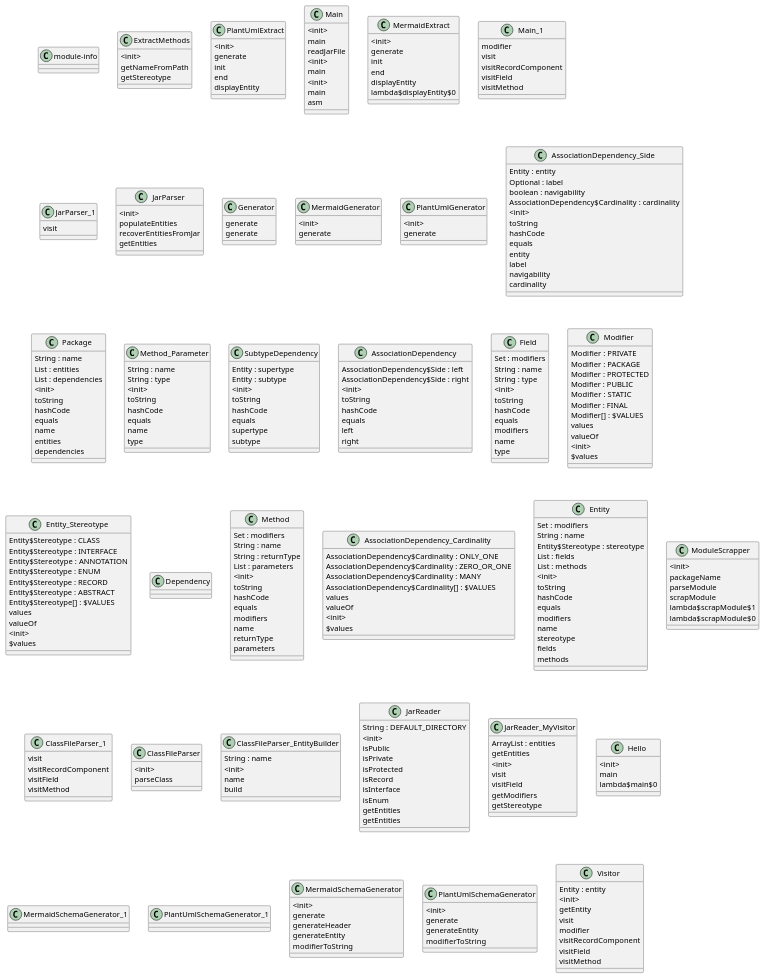
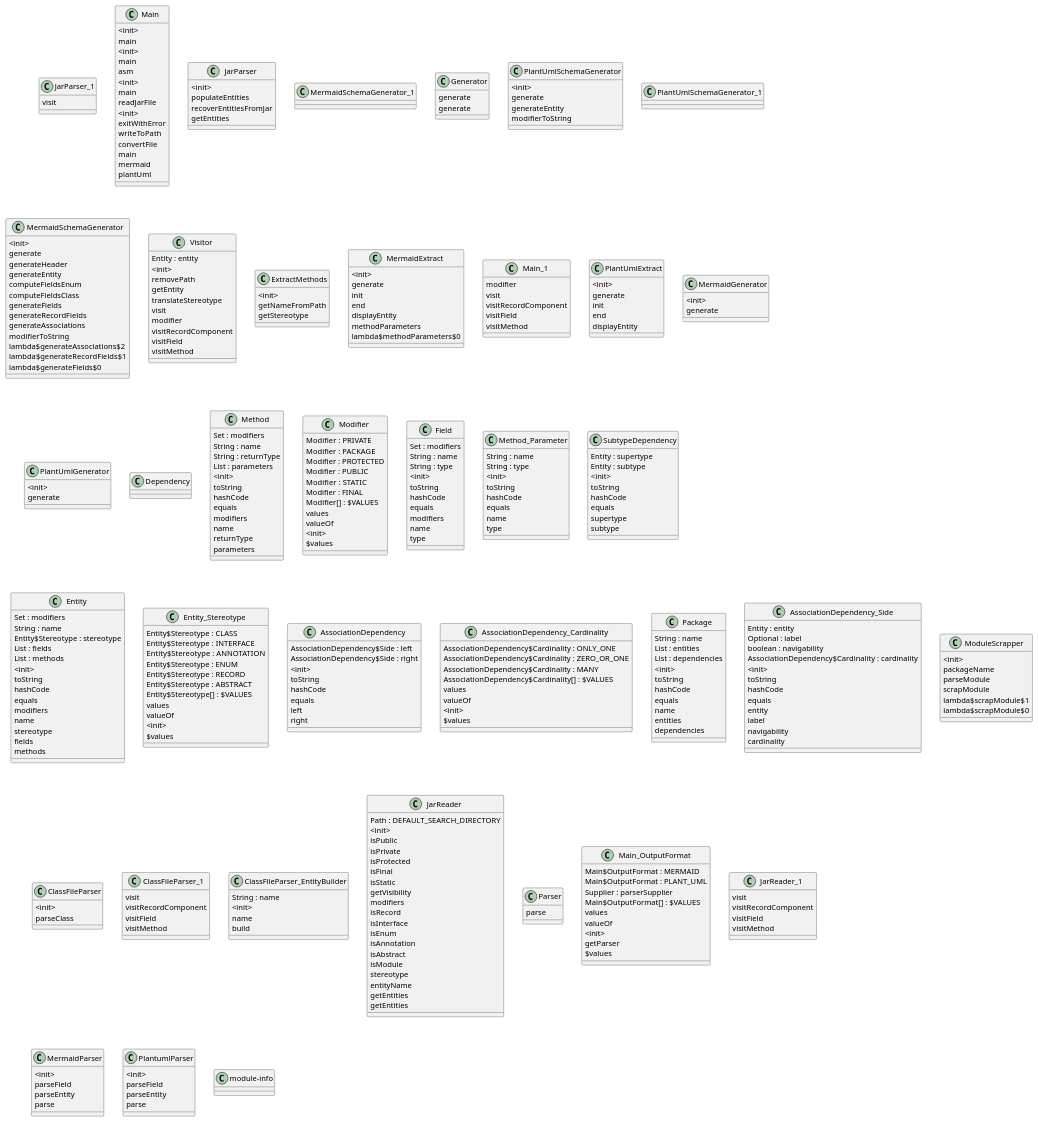
The diagram in src/main/java/com/github/veluvexiau/umldoc/core/plantExport.md (forax/umldoc), drawn with PlantUML before and after one commit. The commit also changed 2 other files, not shown here.

Commit message:
fixed an error

````diff
--- a/src/main/java/com/github/veluvexiau/umldoc/core/plantExport.md
+++ b/src/main/java/com/github/veluvexiau/umldoc/core/plantExport.md
@@ -1,46 +1,6 @@
 ```plantuml
 @startuml
 ' umldoc
-	class module-info{
-	}
-
-	class ExtractMethods{
-		<init>
-		getNameFromPath
-		getStereotype
-	}
-
-	class PlantUmlExtract{
-		<init>
-		generate
-		init
-		end
-		displayEntity
-	}
-
-	class Main{
-		<init>
-		main
-		readJarFile
-	}
-
-	class MermaidExtract{
-		<init>
-		generate
-		init
-		end
-		displayEntity
-		lambda$displayEntity$0
-	}
-
-	class Main_1{
-		modifier
-		visit
-		visitRecordComponent
-		visitField
-		visitMethod
-	}
-
 	class JarParser_1{
 		visit
 	}
@@ -57,12 +17,102 @@
 		getEntities
 	}
 
+	class Main{
+		<init>
+		main
+		asm
+	}
+
+	class MermaidSchemaGenerator_1{
+	}
+
 	class Generator{
 		generate
 	}
 
+	class PlantUmlSchemaGenerator{
+		<init>
+		generate
+		generateEntity
+		modifierToString
+	}
+
+	class PlantUmlSchemaGenerator_1{
+	}
+
+	class MermaidSchemaGenerator{
+		<init>
+		generate
+		generateHeader
+		generateEntity
+		computeFieldsEnum
+		computeFieldsClass
+		generateFields
+		generateRecordFields
+		generateAssociations
+		modifierToString
+		lambda$generateAssociations$2
+		lambda$generateRecordFields$1
+		lambda$generateFields$0
+	}
+
+	class Visitor{
+		Entity : entity
+		<init>
+		removePath
+		getEntity
+		translateStereotype
+		visit
+		modifier
+		visitRecordComponent
+		visitField
+		visitMethod
+	}
+
+	class Main{
+		<init>
+		main
+		readJarFile
+	}
+
+	class ExtractMethods{
+		<init>
+		getNameFromPath
+		getStereotype
+	}
+
+	class MermaidExtract{
+		<init>
+		generate
+		init
+		end
+		displayEntity
+		methodParameters
+		lambda$methodParameters$0
+	}
+
+	class Main_1{
+		modifier
+		visit
+		visitRecordComponent
+		visitField
+		visitMethod
+	}
+
+	class PlantUmlExtract{
+		<init>
+		generate
+		init
+		end
+		displayEntity
+	}
+
 	class MermaidGenerator{
 		<init>
+		generate
+	}
+
+	class Generator{
 		generate
 	}
 
@@ -71,32 +121,49 @@
 		generate
 	}
 
-	class AssociationDependency_Side{
-		Entity : entity
-		Optional : label
-		boolean : navigability
-		AssociationDependency$Cardinality : cardinality
+	class Dependency{
+	}
+
+	class Method{
+		Set : modifiers
+		String : name
+		String : returnType
+		List : parameters
 		<init>
 		toString
 		hashCode
 		equals
-		entity
-		label
-		navigability
-		cardinality
+		modifiers
+		name
+		returnType
+		parameters
 	}
 
-	class Package{
+	class Modifier{
+		Modifier : PRIVATE
+		Modifier : PACKAGE
+		Modifier : PROTECTED
+		Modifier : PUBLIC
+		Modifier : STATIC
+		Modifier : FINAL
+		Modifier[] : $VALUES
+		values
+		valueOf
+		<init>
+		$values
+	}
+
+	class Field{
+		Set : modifiers
 		String : name
-		List : entities
-		List : dependencies
+		String : type
 		<init>
 		toString
 		hashCode
 		equals
+		modifiers
 		name
-		entities
-		dependencies
+		type
 	}
 
 	class Method_Parameter{
@@ -121,87 +188,6 @@
 		subtype
 	}
 
-	class AssociationDependency{
-		AssociationDependency$Side : left
-		AssociationDependency$Side : right
-		<init>
-		toString
-		hashCode
-		equals
-		left
-		right
-	}
-
-	class Field{
-		Set : modifiers
-		String : name
-		String : type
-		<init>
-		toString
-		hashCode
-		equals
-		modifiers
-		name
-		type
-	}
-
-	class Modifier{
-		Modifier : PRIVATE
-		Modifier : PACKAGE
-		Modifier : PROTECTED
-		Modifier : PUBLIC
-		Modifier : STATIC
-		Modifier : FINAL
-		Modifier[] : $VALUES
-		values
-		valueOf
-		<init>
-		$values
-	}
-
-	class Entity_Stereotype{
-		Entity$Stereotype : CLASS
-		Entity$Stereotype : INTERFACE
-		Entity$Stereotype : ANNOTATION
-		Entity$Stereotype : ENUM
-		Entity$Stereotype : RECORD
-		Entity$Stereotype : ABSTRACT
-		Entity$Stereotype[] : $VALUES
-		values
-		valueOf
-		<init>
-		$values
-	}
-
-	class Dependency{
-	}
-
-	class Method{
-		Set : modifiers
-		String : name
-		String : returnType
-		List : parameters
-		<init>
-		toString
-		hashCode
-		equals
-		modifiers
-		name
-		returnType
-		parameters
-	}
-
-	class AssociationDependency_Cardinality{
-		AssociationDependency$Cardinality : ONLY_ONE
-		AssociationDependency$Cardinality : ZERO_OR_ONE
-		AssociationDependency$Cardinality : MANY
-		AssociationDependency$Cardinality[] : $VALUES
-		values
-		valueOf
-		<init>
-		$values
-	}
-
 	class Entity{
 		Set : modifiers
 		String : name
@@ -219,6 +205,70 @@
 		methods
 	}
 
+	class Entity_Stereotype{
+		Entity$Stereotype : CLASS
+		Entity$Stereotype : INTERFACE
+		Entity$Stereotype : ANNOTATION
+		Entity$Stereotype : ENUM
+		Entity$Stereotype : RECORD
+		Entity$Stereotype : ABSTRACT
+		Entity$Stereotype[] : $VALUES
+		values
+		valueOf
+		<init>
+		$values
+	}
+
+	class AssociationDependency{
+		AssociationDependency$Side : left
+		AssociationDependency$Side : right
+		<init>
+		toString
+		hashCode
+		equals
+		left
+		right
+	}
+
+	class AssociationDependency_Cardinality{
+		AssociationDependency$Cardinality : ONLY_ONE
+		AssociationDependency$Cardinality : ZERO_OR_ONE
+		AssociationDependency$Cardinality : MANY
+		AssociationDependency$Cardinality[] : $VALUES
+		values
+		valueOf
+		<init>
+		$values
+	}
+
+	class Package{
+		String : name
+		List : entities
+		List : dependencies
+		<init>
+		toString
+		hashCode
+		equals
+		name
+		entities
+		dependencies
+	}
+
+	class AssociationDependency_Side{
+		Entity : entity
+		Optional : label
+		boolean : navigability
+		AssociationDependency$Cardinality : cardinality
+		<init>
+		toString
+		hashCode
+		equals
+		entity
+		label
+		navigability
+		cardinality
+	}
+
 	class ModuleScrapper{
 		<init>
 		packageName
@@ -228,16 +278,16 @@
 		lambda$scrapModule$0
 	}
 
+	class ClassFileParser{
+		<init>
+		parseClass
+	}
+
 	class ClassFileParser_1{
 		visit
 		visitRecordComponent
 		visitField
 		visitMethod
-	}
-
-	class ClassFileParser{
-		<init>
-		parseClass
 	}
 
 	class ClassFileParser_EntityBuilder{
@@ -247,76 +297,77 @@
 		build
 	}
 
+	class Main{
+		<init>
+		exitWithError
+		writeToPath
+		convertFile
+		main
+		mermaid
+		plantUml
+	}
+
 	class JarReader{
-		String : DEFAULT_DIRECTORY
+		Path : DEFAULT_SEARCH_DIRECTORY
 		<init>
 		isPublic
 		isPrivate
 		isProtected
+		isFinal
+		isStatic
+		getVisibility
+		modifiers
 		isRecord
 		isInterface
 		isEnum
+		isAnnotation
+		isAbstract
+		isModule
+		stereotype
+		entityName
 		getEntities
 		getEntities
 	}
 
-	class JarReader_MyVisitor{
-		ArrayList : entities
-		getEntities
-		<init>
-		visit
-		visitField
-		getModifiers
-		getStereotype
+	class Parser{
+		parse
 	}
 
-	class Hello{
+	class Main_OutputFormat{
+		Main$OutputFormat : MERMAID
+		Main$OutputFormat : PLANT_UML
+		Supplier : parserSupplier
+		Main$OutputFormat[] : $VALUES
+		values
+		valueOf
 		<init>
-		main
-		lambda$main$0
+		getParser
+		$values
 	}
 
-	class MermaidSchemaGenerator_1{
-	}
-
-	class Generator{
-		generate
-	}
-
-	class PlantUmlSchemaGenerator_1{
-	}
-
-	class MermaidSchemaGenerator{
-		<init>
-		generate
-		generateHeader
-		generateEntity
-		modifierToString
-	}
-
-	class PlantUmlSchemaGenerator{
-		<init>
-		generate
-		generateEntity
-		modifierToString
-	}
-
-	class Main{
-		<init>
-		main
-		asm
-	}
-
-	class Visitor{
-		Entity : entity
-		<init>
-		getEntity
+	class JarReader_1{
 		visit
-		modifier
 		visitRecordComponent
 		visitField
 		visitMethod
 	}
 
+	class MermaidParser{
+		<init>
+		parseField
+		parseEntity
+		parse
+	}
+
+	class PlantumlParser{
+		<init>
+		parseField
+		parseEntity
+		parse
+	}
+
+	class module-info{
+	}
+
 @enduml
 ```
````
